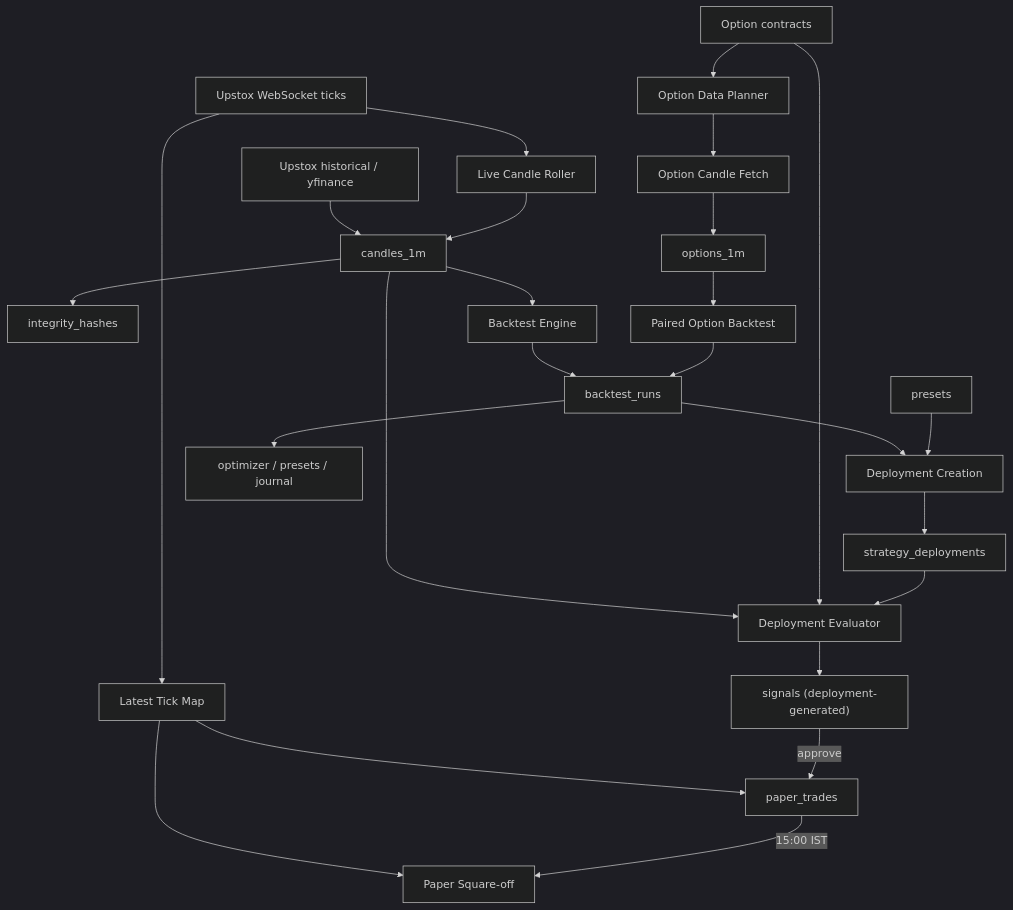
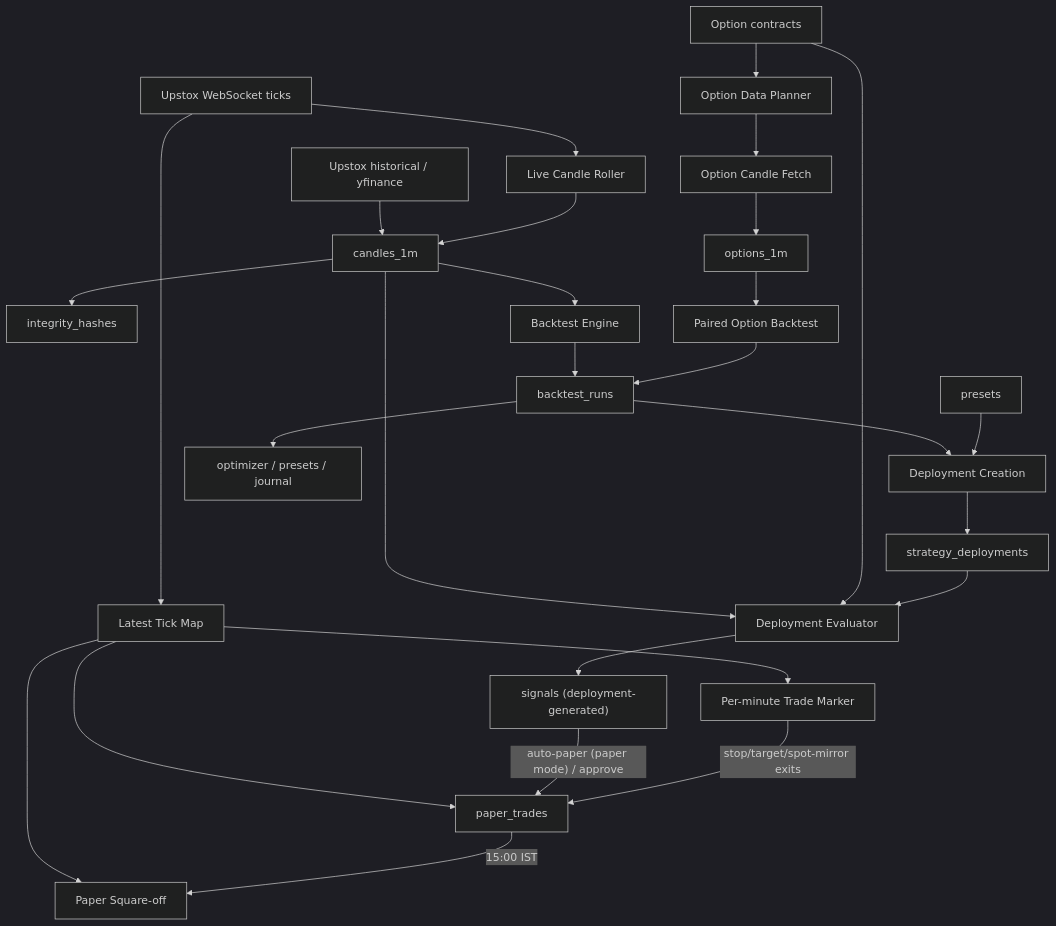
One commit to hrninfomeet-wq/Emergent-AlphaForge changed the second of 2 diagrams in docs/ARCHITECTURE.md. Above: the diagram before and after it, drawn with Mermaid (dark theme). The commit also changed other lines of this file and 10 other files, not shown here.

````diff
--- a/docs/ARCHITECTURE.md
+++ b/docs/ARCHITECTURE.md
@@ -41,27 +41,29 @@
 ```mermaid
 flowchart TD
   HIST["Upstox historical / yfinance"] --> C["candles_1m"]
   TICKS["Upstox WebSocket ticks"] --> ROL["Live Candle Roller"]
   TICKS --> LT["Latest Tick Map"]
   LT --> PT
   LT --> SQ
   ROL --> C
   C --> H["integrity_hashes"]
   C --> EV["Deployment Evaluator"]
   OC["Option contracts"] --> EV
   EV --> SIG["signals (deployment-generated)"]
-  SIG -->|approve| PT["paper_trades"]
+  SIG -->|"auto-paper (paper mode) / approve"| PT["paper_trades"]
+  LT --> MARK["Per-minute Trade Marker"]
+  MARK -->|"stop/target/spot-mirror exits"| PT
   PT -->|"15:00 IST"| SQ["Paper Square-off"]
   C --> BT["Backtest Engine"]
   OC --> OCP["Option Data Planner"]
   OCP --> OF["Option Candle Fetch"]
   OF --> O1["options_1m"]
   O1 --> OPT["Paired Option Backtest"]
   BT --> BR["backtest_runs"]
   OPT --> BR
   BR --> SDC["Deployment Creation"]
   PRESET["presets"] --> SDC
   SDC --> SD["strategy_deployments"]
   SD --> EV
   BR --> OPTM["optimizer / presets / journal"]
 ```
````
